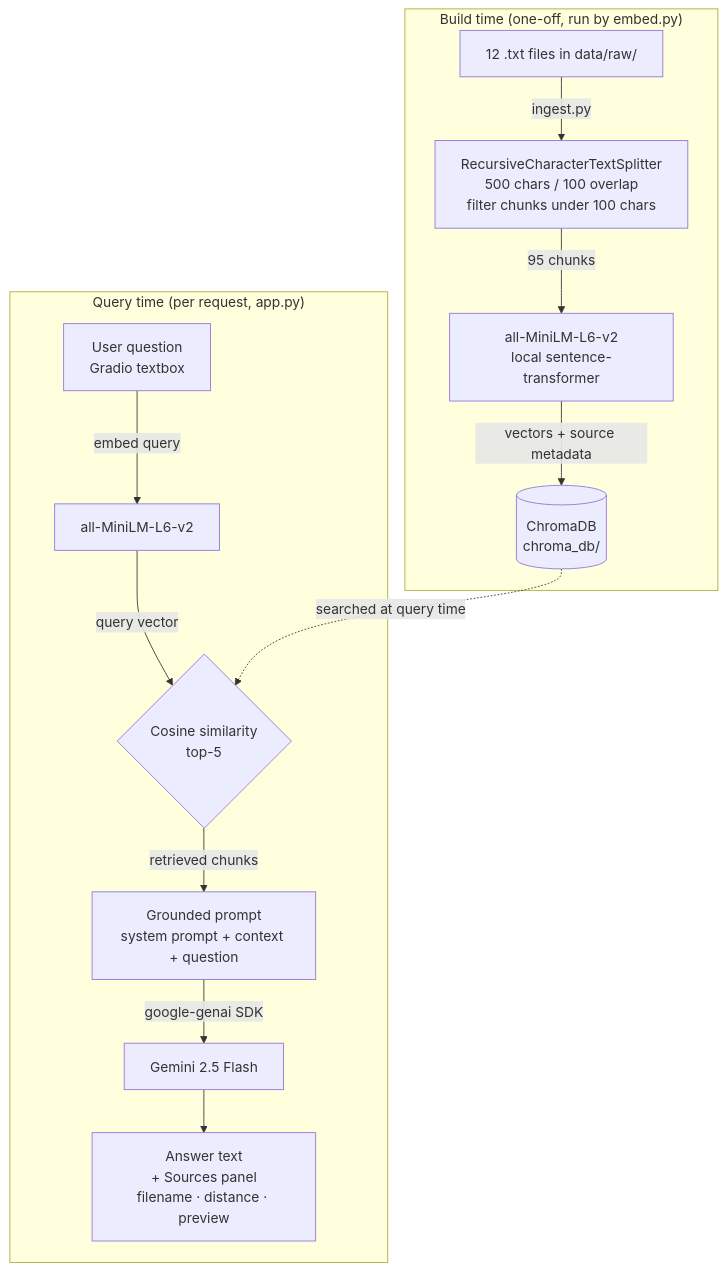
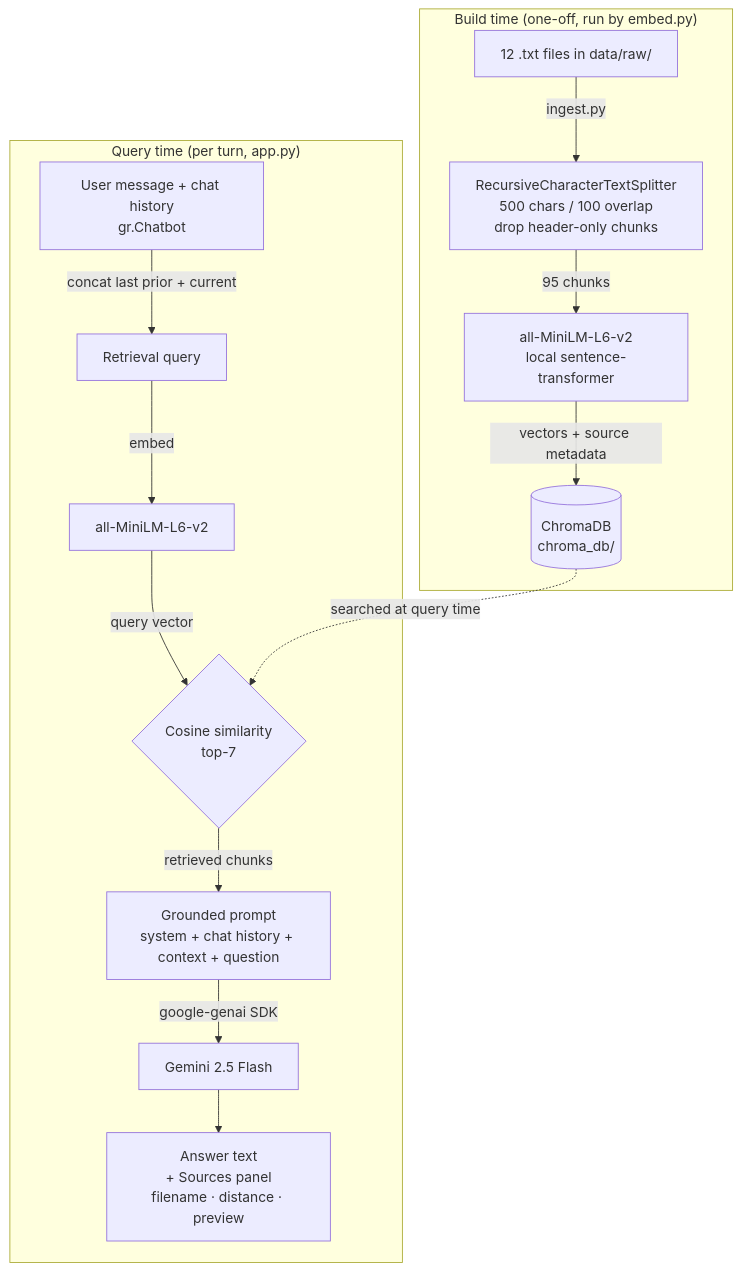
One commit to sh4wnbk/ai201-project1-unofficial-guide-starter changed the diagram in README.md. Above: the diagram before and after it, drawn with Mermaid. The commit also changed other lines of this file, not shown here.

Commit message:
Sync architecture diagram with shipped state (top-7, chatbot, concat retrieval)

````diff
--- a/README.md
+++ b/README.md
@@ -36,18 +36,19 @@
 ```mermaid
 flowchart TD
     subgraph BUILD["Build time (one-off, run by embed.py)"]
-        A[12 .txt files in data/raw/] -->|ingest.py| B[RecursiveCharacterTextSplitter<br/>500 chars / 100 overlap<br/>filter chunks under 100 chars]
+        A[12 .txt files in data/raw/] -->|ingest.py| B[RecursiveCharacterTextSplitter<br/>500 chars / 100 overlap<br/>drop header-only chunks]
         B -->|95 chunks| C[all-MiniLM-L6-v2<br/>local sentence-transformer]
         C -->|vectors + source metadata| D[(ChromaDB<br/>chroma_db/)]
     end
 
-    subgraph QUERY["Query time (per request, app.py)"]
-        E[User question<br/>Gradio textbox] -->|embed query| F[all-MiniLM-L6-v2]
-        F -->|query vector| G{Cosine similarity<br/>top-5}
-        G -->|retrieved chunks| H[Grounded prompt<br/>system prompt + context + question]
-        H -->|google-genai SDK| I[Gemini 2.5 Flash]
-        I --> J[Answer text<br/>+ Sources panel<br/>filename · distance · preview]
+    subgraph QUERY["Query time (per turn, app.py)"]
+        E[User message + chat history<br/>gr.Chatbot] -->|concat last prior + current| F[Retrieval query]
+        F -->|embed| G[all-MiniLM-L6-v2]
+        G -->|query vector| H{Cosine similarity<br/>top-7}
+        H -->|retrieved chunks| I[Grounded prompt<br/>system + chat history + context + question]
+        I -->|google-genai SDK| J[Gemini 2.5 Flash]
+        J --> K[Answer text<br/>+ Sources panel<br/>filename · distance · preview]
     end
 
-    D -.->|searched at query time| G
+    D -.->|searched at query time| H
 ```
````
